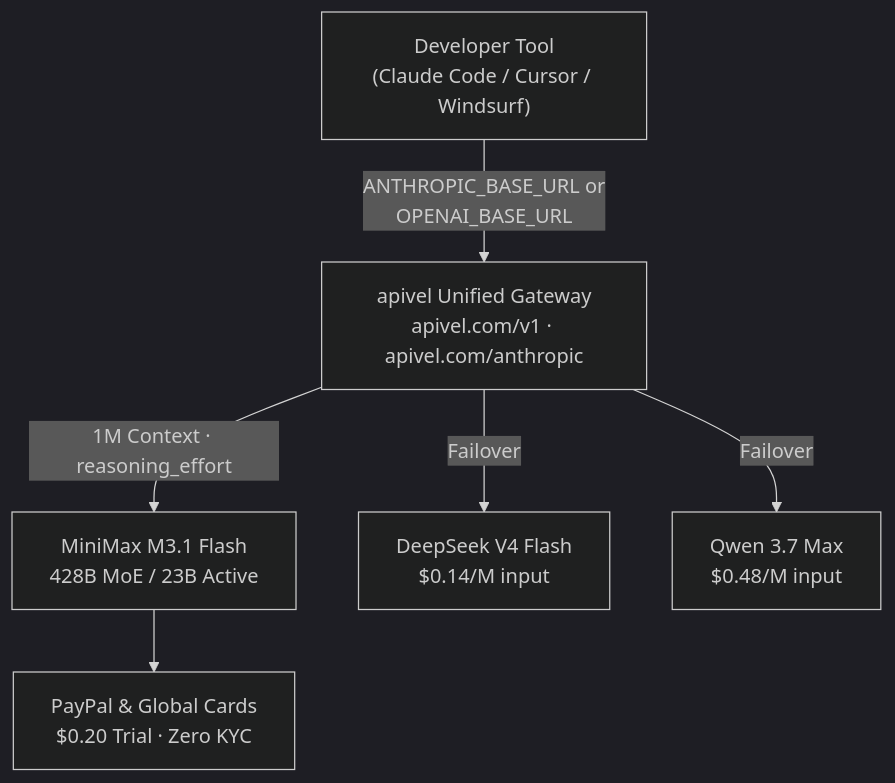
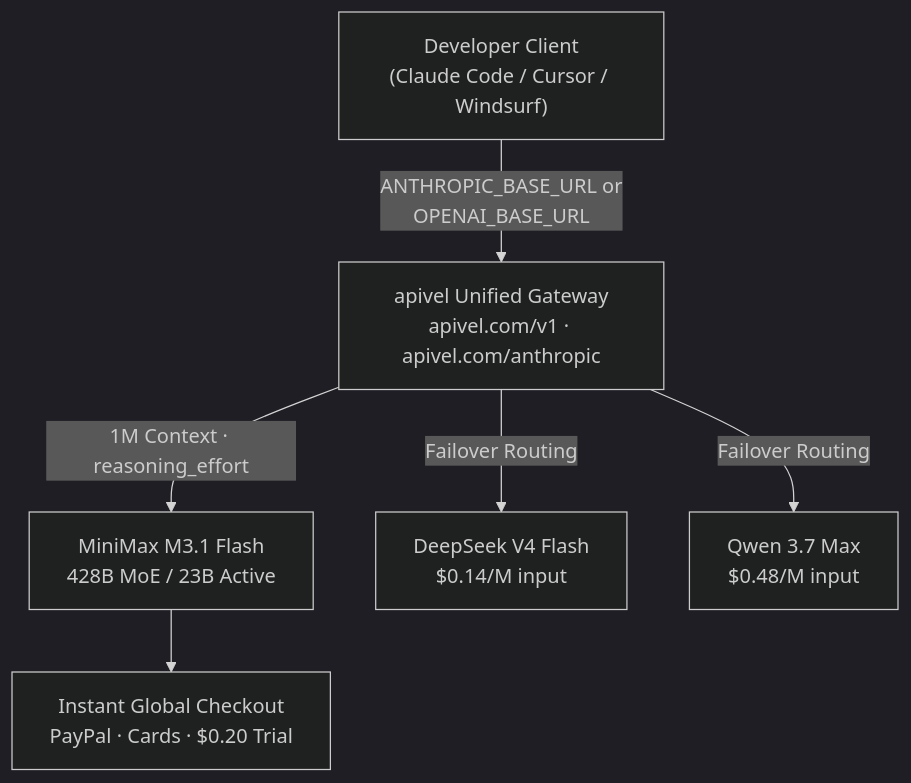
The diagram in src/content/blog/minimax-m3-flash-api-setup-benchmark.md (bshx2024/apivel_blog), drawn with Mermaid (dark theme) before and after one commit. The commit also changed other lines of this file and 1 other file, not shown here.

````diff
--- a/src/content/blog/minimax-m3-flash-api-setup-benchmark.md
+++ b/src/content/blog/minimax-m3-flash-api-setup-benchmark.md
@@ -41,8 +43,8 @@
 ```mermaid
 graph TD
-    A["Developer Tool<br/>(Claude Code / Cursor / Windsurf)"] -->|"ANTHROPIC_BASE_URL or<br/>OPENAI_BASE_URL"| B["apivel Unified Gateway<br/>apivel.com/v1 · apivel.com/anthropic"]
+    A["Developer Client<br/>(Claude Code / Cursor / Windsurf)"] -->|"ANTHROPIC_BASE_URL or<br/>OPENAI_BASE_URL"| B["apivel Unified Gateway<br/>apivel.com/v1 · apivel.com/anthropic"]
     B -->|"1M Context · reasoning_effort"| C["MiniMax M3.1 Flash<br/>428B MoE / 23B Active"]
-    B -->|"Failover"| D["DeepSeek V4 Flash<br/>$0.14/M input"]
-    B -->|"Failover"| E["Qwen 3.7 Max<br/>$0.48/M input"]
-    C --> F["PayPal & Global Cards<br/>$0.20 Trial · Zero KYC"]
+    B -->|"Failover Routing"| D["DeepSeek V4 Flash<br/>$0.14/M input"]
+    B -->|"Failover Routing"| E["Qwen 3.7 Max<br/>$0.48/M input"]
+    C --> F["Instant Global Checkout<br/>PayPal · Cards · $0.20 Trial"]
 ```
````
